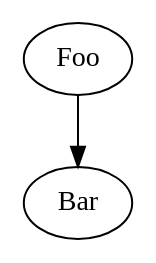
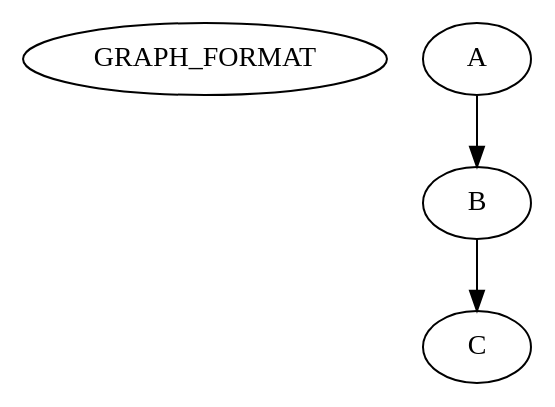
One commit to faudio/faudio changed the diagram in doc/graphs/test_graph.dot. Above: the diagram before and after it, drawn with Graphviz. The commit also changed 12 other files, not shown here.

Commit message:
- Doc DSP graphs

```diff
--- a/doc/graphs/test_graph.dot
+++ b/doc/graphs/test_graph.dot
@@ -1,9 +1,9 @@
 
 #include "doc/graphs/header.dot"
 
-digraph
-{
-    Foo;
-    Bar;
-    Foo -> Bar;
+digraph dsp
+{               
+    GRAPH_FORMAT;
+    
+    A -> B -> C;
 }
```
